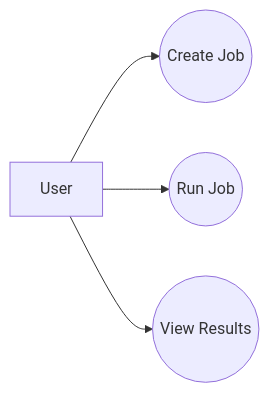
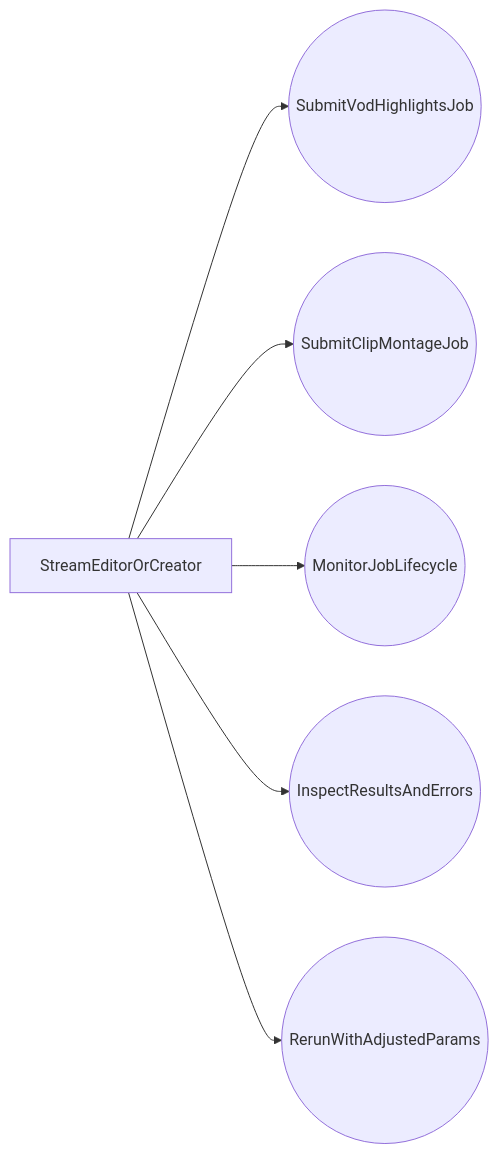
Before and after one commit to Maikeeeb/TwitchClipper: the third of 9 diagrams in docs/ui-spec.md, drawn with Mermaid. The commit also changed other lines of this file and 9 other files, not shown here.

````diff
--- a/docs/ui-spec.md
+++ b/docs/ui-spec.md
@@ -164,6 +607,8 @@
 ```mermaid
 flowchart LR
-    U[User] --> UC1((Create Job))
-    U --> UC2((Run Job))
-    U --> UC3((View Results))
+    creator[StreamEditorOrCreator] --> submitVod((SubmitVodHighlightsJob))
+    creator --> submitClip((SubmitClipMontageJob))
+    creator --> monitor((MonitorJobLifecycle))
+    creator --> inspect((InspectResultsAndErrors))
+    creator --> rerun((RerunWithAdjustedParams))
 ```
````
